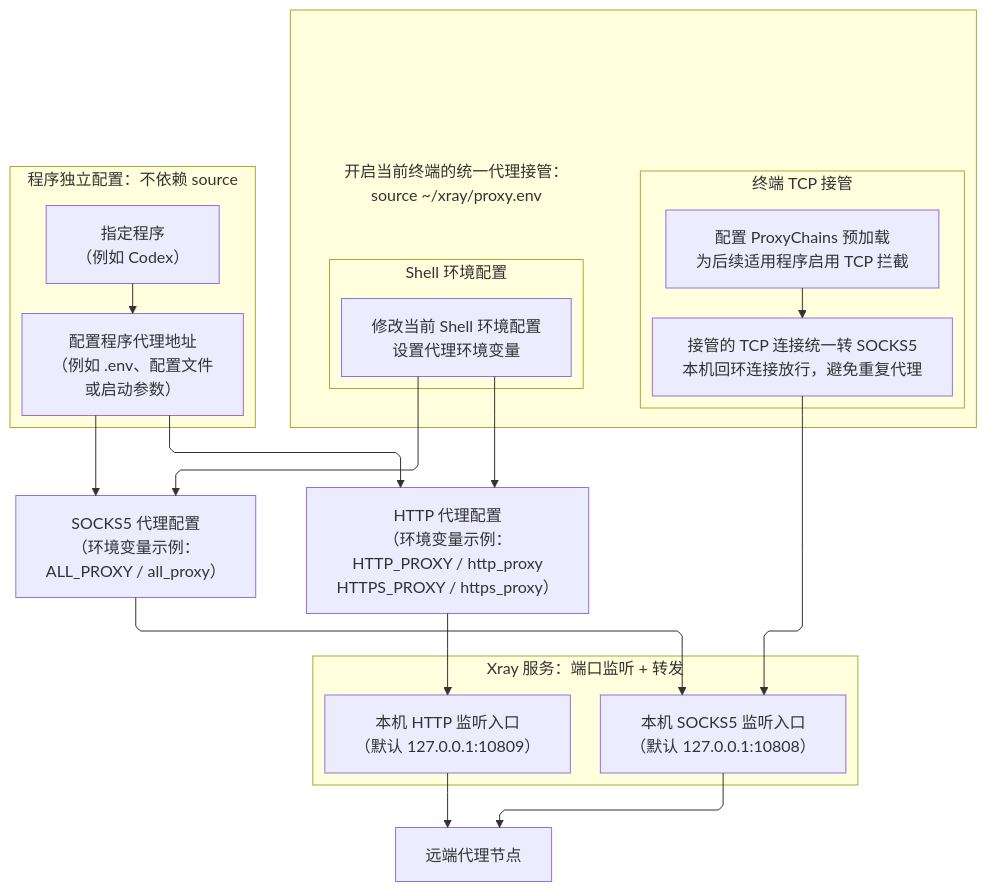
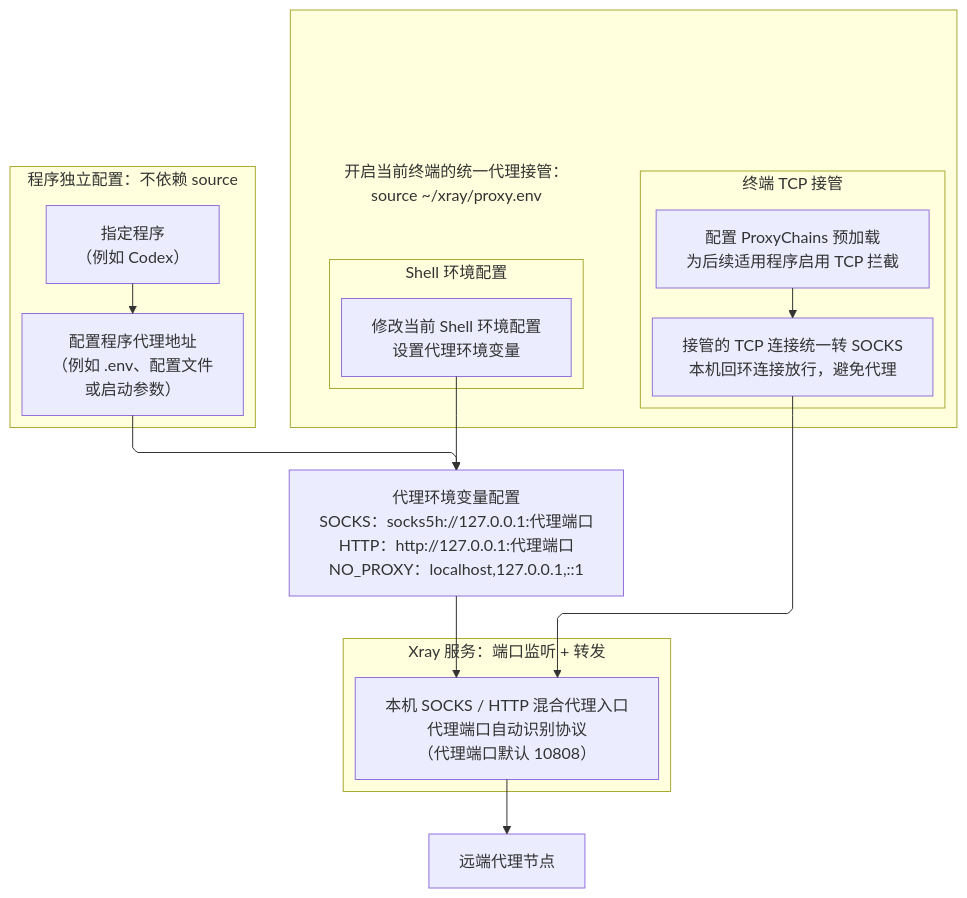
Before and after one commit to NULL-SF/xray: the diagram in README.md, drawn with Mermaid. The commit also changed other lines of this file and 4 other files, not shown here.

Commit message:
Unify local SOCKS and HTTP proxy on one port

````diff
--- a/README.md
+++ b/README.md
@@ -37,68 +39,64 @@
 ```mermaid
 ---
 config:
   layout: elk
   elk:
-    mergeEdges: false
+    mergeEdges: true
     nodePlacementStrategy: BRANDES_KOEPF
     considerModelOrder: NODES_AND_EDGES
   flowchart:
     wrappingWidth: 420
     nodeSpacing: 45
     rankSpacing: 55
     curve: linear
 ---
 flowchart TB
     subgraph TERMINAL[" "]
         direction LR
 
         subgraph INTERCEPT["终端 TCP 接管"]
             direction TB
             ENABLE["配置 ProxyChains 预加载<br/>为后续适用程序启用 TCP 拦截"]
-            PC["接管的 TCP 连接统一转 SOCKS5<br/>本机回环连接放行，避免重复代理"]
+            PC["接管的 TCP 连接统一转 SOCKS<br/>本机回环连接放行，避免代理"]
             ENABLE --> PC
         end
 
         subgraph SHELL_COLUMN[" "]
             direction TB
             TITLE["开启当前终端的统一代理接管：<br/>source ~/xray/proxy.env"]
 
             subgraph CONFIG["Shell 环境配置"]
                 ENV["修改当前 Shell 环境配置<br/>设置代理环境变量"]
             end
 
             TITLE ~~~ ENV
         end
     end
 
     subgraph NATIVE["程序独立配置：不依赖 source"]
         direction TB
         PROGRAM["指定程序<br/>（例如 Codex）"]
         PROGCONFIG["配置程序代理地址<br/>（例如 .env、配置文件<br/>或启动参数）"]
         PROGRAM --> PROGCONFIG
     end
 
-    SC["SOCKS5 代理配置<br/>（环境变量示例：<br/>ALL_PROXY / all_proxy）"]
-    HC["HTTP 代理配置<br/>（环境变量示例：<br/>HTTP_PROXY / http_proxy<br/>HTTPS_PROXY / https_proxy）"]
+    PROXYCONFIG["代理环境变量配置<br/>SOCKS：socks5h://127.0.0.1:代理端口<br/>HTTP：http://127.0.0.1:代理端口<br/>NO_PROXY：localhost,127.0.0.1,::1"]
 
-    ENV --> SC
-    ENV --> HC
-    PROGCONFIG --> SC
-    PROGCONFIG --> HC
+    PROGCONFIG --> PROXYCONFIG
+    ENV --> PROXYCONFIG
+
+    %% 隐藏布局约束，不表示业务连接
+    PC ~~~ PROXYCONFIG
 
     subgraph XRAY["Xray 服务：端口监听 + 转发"]
-        direction LR
-        SOCKS["本机 SOCKS5 监听入口<br/>（默认 127.0.0.1:10808）"]
-        HTTP["本机 HTTP 监听入口<br/>（默认 127.0.0.1:10809）"]
+        MIX["本机 SOCKS / HTTP 混合代理入口<br/>代理端口自动识别协议<br/>（代理端口默认 10808）"]
     end
 
-    PC --> SOCKS
-    SC --> SOCKS
-    HC --> HTTP
+    PC --> MIX
+    PROXYCONFIG --> MIX
 
-    SOCKS --> NODE["远端代理节点"]
-    HTTP --> NODE
+    MIX --> NODE["远端代理节点"]
 
     style TITLE fill:transparent,stroke:transparent
     style SHELL_COLUMN fill:transparent,stroke:transparent
 ```
````
